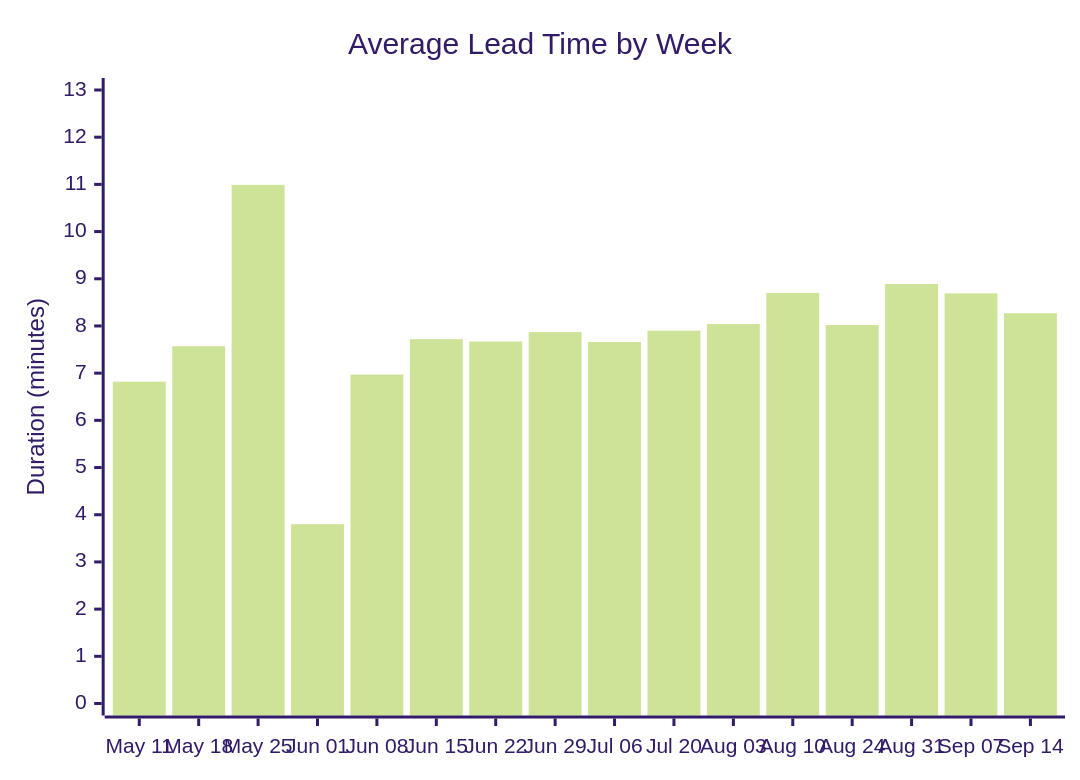
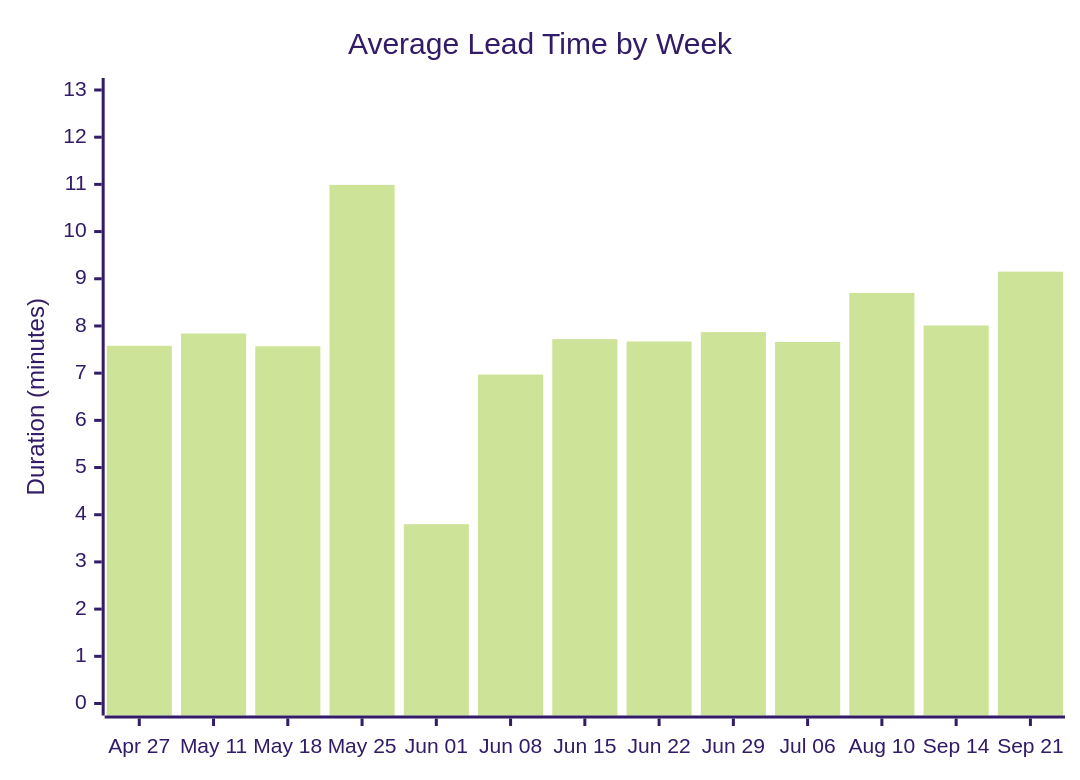
One commit to ukma-cs-ssdm-2025/rate-ukma changed the second of 4 diagrams in docs/ci-cd/dora-summary.md. Above: the diagram before and after it, drawn with Mermaid (forest theme). The commit also changed other lines of this file, not shown here.

````diff
--- a/docs/ci-cd/dora-summary.md
+++ b/docs/ci-cd/dora-summary.md
@@ -29,7 +29,7 @@
 ```mermaid
 xychart-beta
     title "Average Lead Time by Week"
-    x-axis ["May 11", "May 18", "May 25", "Jun 01", "Jun 08", "Jun 15", "Jun 22", "Jun 29", "Jul 06", "Jul 20", "Aug 03", "Aug 10", "Aug 24", "Aug 31", "Sep 07", "Sep 14"]
+    x-axis ["Apr 27", "May 11", "May 18", "May 25", "Jun 01", "Jun 08", "Jun 15", "Jun 22", "Jun 29", "Jul 06", "Aug 10", "Sep 14", "Sep 21"]
     y-axis "Duration (minutes)" 0 --> 13
-    bar [6.82, 7.57, 10.99, 3.80, 6.97, 7.72, 7.67, 7.87, 7.66, 7.90, 8.04, 8.70, 8.02, 8.89, 8.69, 8.27]
+    bar [7.58, 7.84, 7.57, 10.99, 3.80, 6.97, 7.72, 7.67, 7.87, 7.66, 8.70, 8.01, 9.15]
 ```
````
